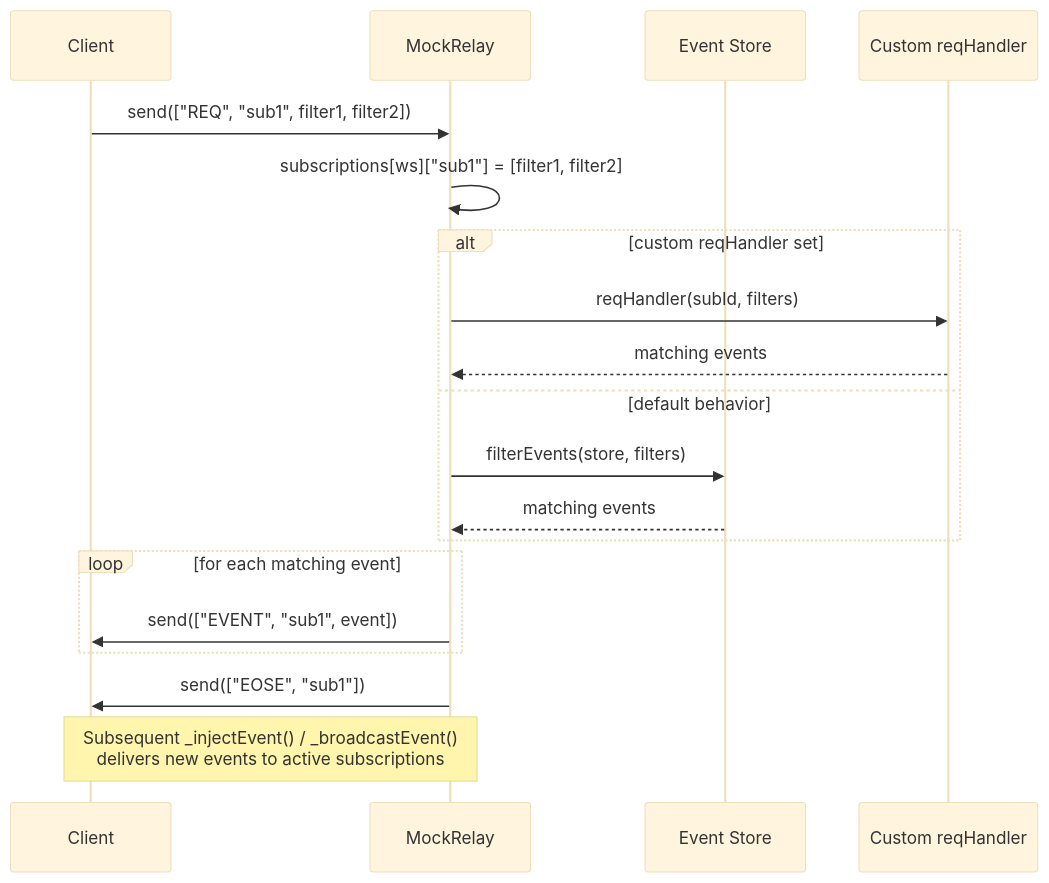
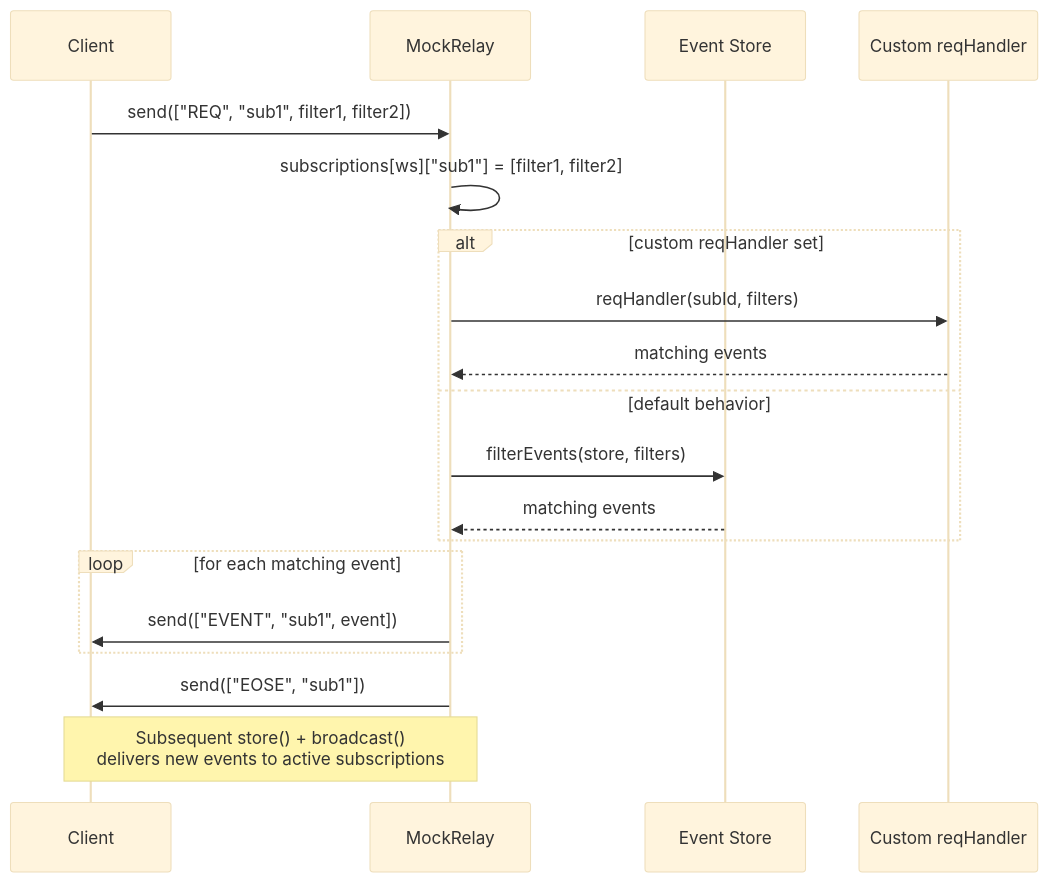
Before and after one commit to ikuradon/tsunagiya: the tenth of 15 diagrams in docs/en/reference/architecture.md, drawn with Mermaid (base theme). The commit also changed other lines of this file and 9 other files, not shown here.

````diff
--- a/docs/en/reference/architecture.md
+++ b/docs/en/reference/architecture.md
@@ -321,25 +326,25 @@
 ```mermaid
 sequenceDiagram
     participant C as Client
     participant MR as MockRelay
     participant S as Event Store
     participant H as Custom reqHandler
 
     C->>MR: send(["REQ", "sub1", filter1, filter2])
     MR->>MR: subscriptions[ws]["sub1"] = [filter1, filter2]
 
     alt custom reqHandler set
         MR->>H: reqHandler(subId, filters)
         H-->>MR: matching events
     else default behavior
         MR->>S: filterEvents(store, filters)
         S-->>MR: matching events
     end
 
     loop for each matching event
         MR->>C: send(["EVENT", "sub1", event])
     end
     MR->>C: send(["EOSE", "sub1"])
 
-    Note over MR,C: Subsequent _injectEvent() / _broadcastEvent()<br>delivers new events to active subscriptions
+    Note over MR,C: Subsequent store() + broadcast()<br>delivers new events to active subscriptions
 ```
````
